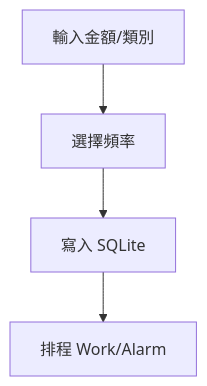
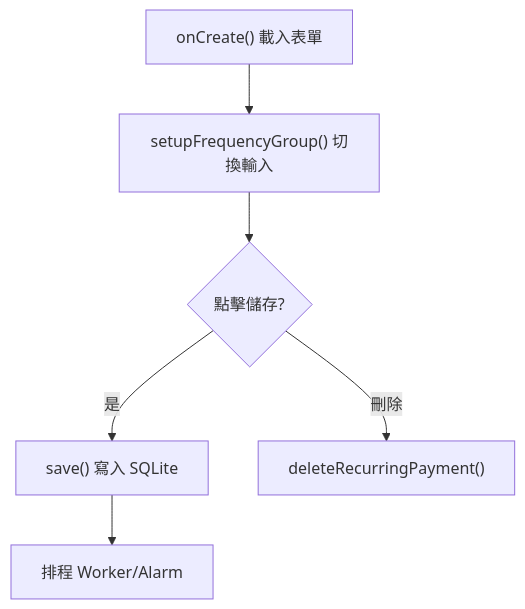
Before and after one commit to Dao-you/SimplestBookAndroid: diagram 24 of 26 in Grading_Criteria.md, drawn with Mermaid. The commit also changed other lines of this file, not shown here.

````diff
--- a/Grading_Criteria.md
+++ b/Grading_Criteria.md
@@ -485,6 +550,8 @@
 ```mermaid
 flowchart TD
-    A[輸入金額/類別] --> B[選擇頻率]
-    B --> C[寫入 SQLite]
-    C --> D[排程 Work/Alarm]
+    A["onCreate() 載入表單"] --> B["setupFrequencyGroup() 切換輸入"]
+    B --> C{"點擊儲存?"}
+    C -->|"是"| D["save() 寫入 SQLite"]
+    D --> E["排程 Worker/Alarm"]
+    C -->|"刪除"| F["deleteRecurringPayment()"]
 ```
````
